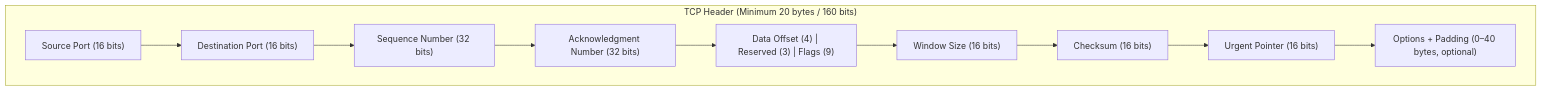
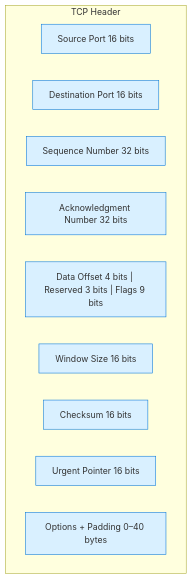
One commit to pavbjj/tcp-ip-deep-dive changed the first of 3 diagrams in headers/headers.md. Above: the diagram before and after it, drawn with Mermaid. The commit also changed other lines of this file, not shown here.

````diff
--- a/headers/headers.md
+++ b/headers/headers.md
@@ -14,16 +14,16 @@
 ```mermaid
-flowchart TB
-    subgraph TCP["TCP Header (Minimum 20 bytes / 160 bits)"]
-        A["Source Port (16 bits)"]
-        B["Destination Port (16 bits)"]
-        C["Sequence Number (32 bits)"]
-        D["Acknowledgment Number (32 bits)"]
-        E["Data Offset (4) | Reserved (3) | Flags (9)"]
-        F["Window Size (16 bits)"]
-        G["Checksum (16 bits)"]
-        H["Urgent Pointer (16 bits)"]
-        I["Options + Padding (0–40 bytes, optional)"]
+graph TD
+    subgraph TCP_Header["TCP Header"]
+        A1["Source Port 16 bits"]:::field
+        A2["Destination Port 16 bits"]:::field
+        B1["Sequence Number 32 bits"]:::field
+        C1["Acknowledgment Number 32 bits"]:::field
+        D1["Data Offset 4 bits | Reserved 3 bits | Flags 9 bits"]:::field
+        E1["Window Size 16 bits"]:::field
+        E2["Checksum 16 bits"]:::field
+        F1["Urgent Pointer 16 bits"]:::field
+        F2["Options + Padding 0–40 bytes"]:::field
     end
 
-    A --> B --> C --> D --> E --> F --> G --> H --> I
+    classDef field fill:#d9f0ff,stroke:#0074D9,stroke-width:1px;
 ```
````
